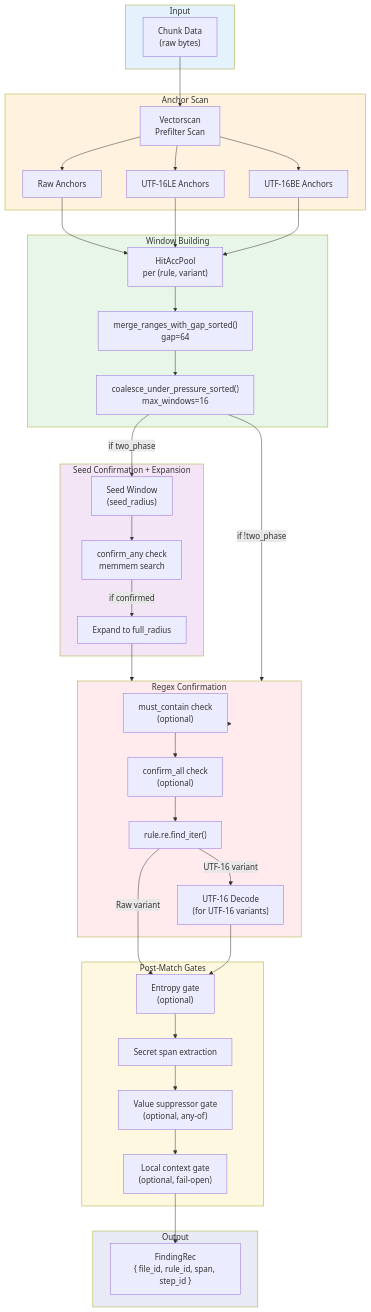
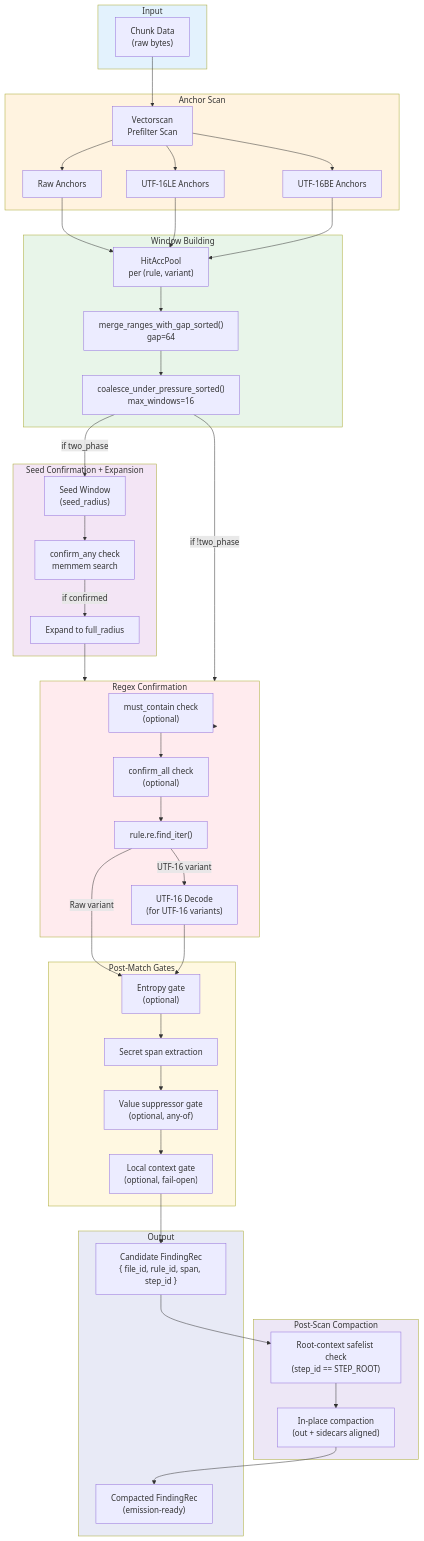
Before and after one commit to ahrav/scratch-scanner-rs: the first of 4 diagrams in docs/detection-engine.md, drawn with Mermaid. The commit also changed other lines of this file and 5 other files, not shown here.

Commit message:
Integrate safelist into post-scan compaction

````diff
--- a/docs/detection-engine.md
+++ b/docs/detection-engine.md
@@ -41,8 +41,14 @@
         LocalCtx["Local context gate<br/>(optional, fail-open)"]
     end
 
+    subgraph PostScan["Post-Scan Compaction"]
+        Safelist["Root-context safelist check<br/>(step_id == STEP_ROOT)"]
+        Compact["In-place compaction<br/>(out + sidecars aligned)"]
+    end
+
     subgraph Output["Output"]
-        FindingRec["FindingRec<br/>{ file_id, rule_id, span, step_id }"]
+        FindingRec["Candidate FindingRec<br/>{ file_id, rule_id, span, step_id }"]
+        FinalRec["Compacted FindingRec<br/>(emission-ready)"]
     end
 
     Chunk --> VS
@@ -75,6 +81,9 @@
     SecretExtract --> ValueSuppressors
     ValueSuppressors --> LocalCtx
     LocalCtx --> FindingRec
+    FindingRec --> Safelist
+    Safelist --> Compact
+    Compact --> FinalRec
 
     style Input fill:#e3f2fd
     style AnchorScan fill:#fff3e0
@@ -82,5 +91,6 @@
     style SeedConfirm fill:#f3e5f5
     style RegexConfirm fill:#ffebee
     style PostMatch fill:#fff8e1
+    style PostScan fill:#ede7f6
     style Output fill:#e8eaf6
 ```
````
